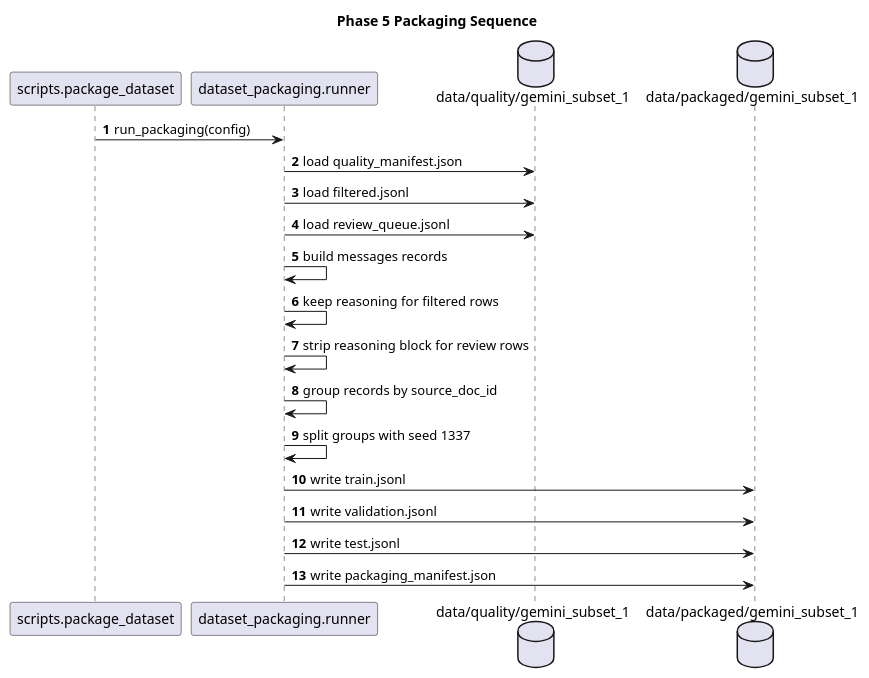
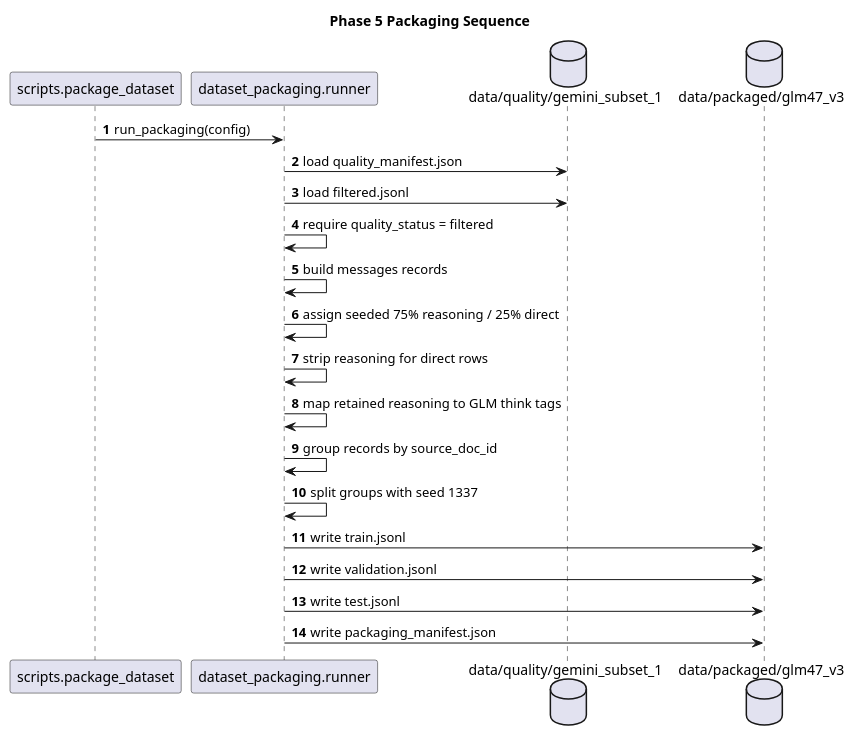
Before and after one commit to darkrelicz/dfir-dataset: the diagram in docs/diagrams/packaging-sequence.puml, drawn with PlantUML. The commit also changed 20 other files, not shown here.

```diff
--- a/docs/diagrams/packaging-sequence.puml
+++ b/docs/diagrams/packaging-sequence.puml
@@ -1,26 +1,27 @@
 @startuml
 title Phase 5 Packaging Sequence
 
 skinparam shadowing false
 autonumber
 
 participant "scripts.package_dataset" as CLI
 participant "dataset_packaging.runner" as Packager
 database "data/quality/gemini_subset_1" as QualityOut
-database "data/packaged/gemini_subset_1" as PackageOut
+database "data/packaged/glm47_v3" as PackageOut
 
 CLI -> Packager: run_packaging(config)
 Packager -> QualityOut: load quality_manifest.json
 Packager -> QualityOut: load filtered.jsonl
-Packager -> QualityOut: load review_queue.jsonl
+Packager -> Packager: require quality_status = filtered
 Packager -> Packager: build messages records
-Packager -> Packager: keep reasoning for filtered rows
-Packager -> Packager: strip reasoning block for review rows
+Packager -> Packager: assign seeded 75% reasoning / 25% direct
+Packager -> Packager: strip reasoning for direct rows
+Packager -> Packager: map retained reasoning to GLM think tags
 Packager -> Packager: group records by source_doc_id
 Packager -> Packager: split groups with seed 1337
 Packager -> PackageOut: write train.jsonl
 Packager -> PackageOut: write validation.jsonl
 Packager -> PackageOut: write test.jsonl
 Packager -> PackageOut: write packaging_manifest.json
 
 @enduml
```
